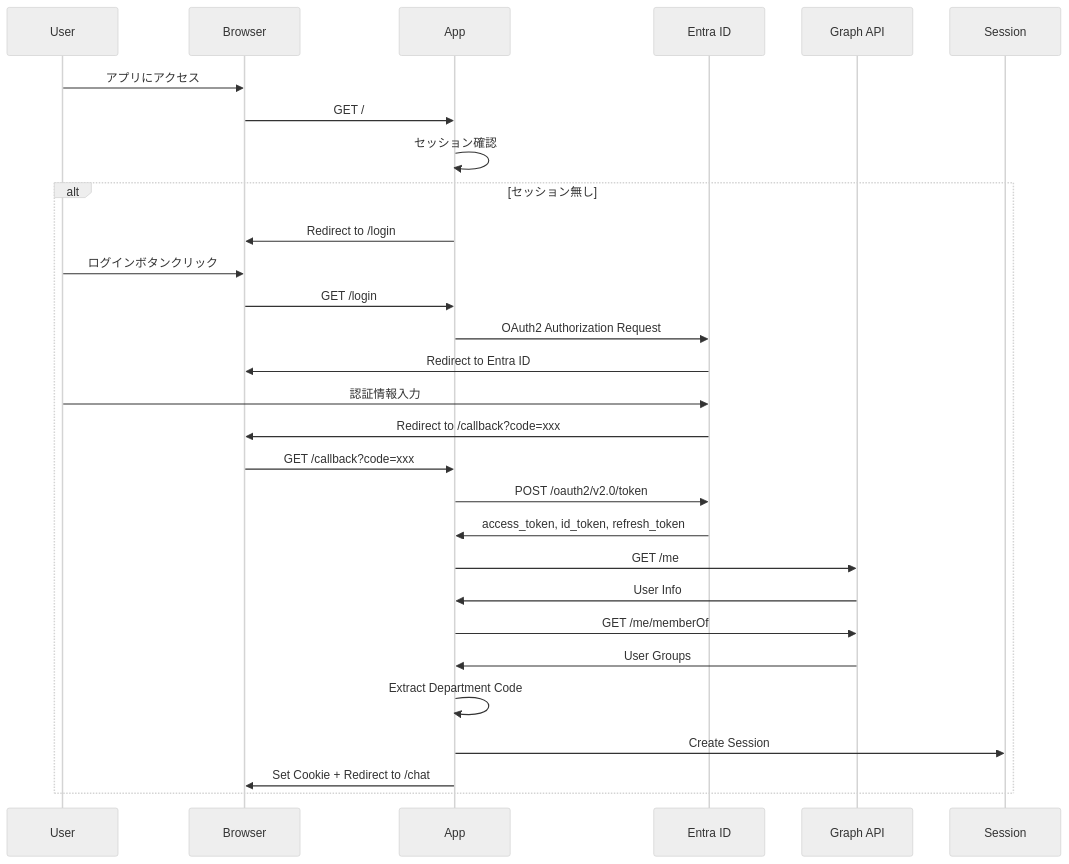
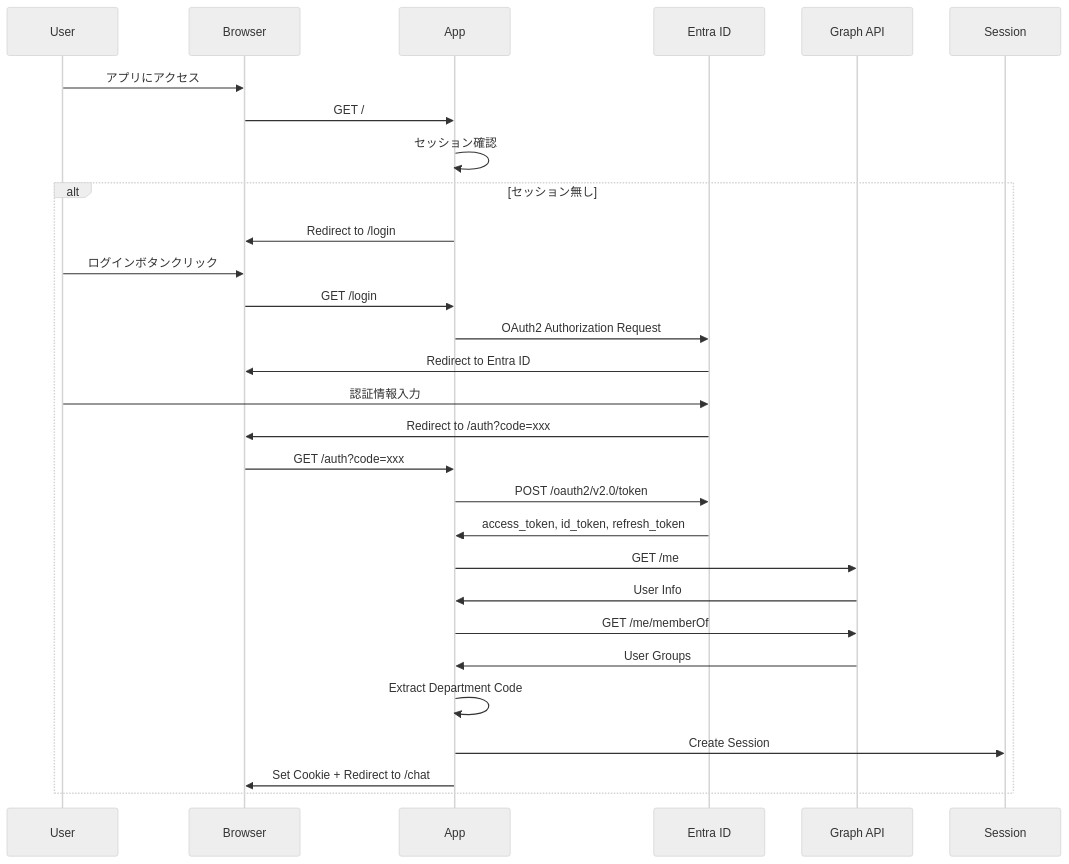
The diagram in docs/04_認証設計.md (yamatairiku-dev/rag-chat-app), drawn with Mermaid (neutral theme) before and after one commit. The commit also changed other lines of this file and 44 other files, not shown here.

````diff
--- a/docs/04_認証設計.md
+++ b/docs/04_認証設計.md
@@ -19,33 +19,33 @@
 ```mermaid
 sequenceDiagram
     participant U as User
     participant B as Browser
     participant A as App
     participant E as Entra ID
     participant G as Graph API
     participant S as Session
 
     U->>B: アプリにアクセス
     B->>A: GET /
     A->>A: セッション確認
     
     alt セッション無し
         A->>B: Redirect to /login
         U->>B: ログインボタンクリック
         B->>A: GET /login
         A->>E: OAuth2 Authorization Request
         E->>B: Redirect to Entra ID
         U->>E: 認証情報入力
-        E->>B: Redirect to /callback?code=xxx
-        B->>A: GET /callback?code=xxx
+        E->>B: Redirect to /auth?code=xxx
+        B->>A: GET /auth?code=xxx
         A->>E: POST /oauth2/v2.0/token
         E->>A: access_token, id_token, refresh_token
         A->>G: GET /me
         G->>A: User Info
         A->>G: GET /me/memberOf
         G->>A: User Groups
         A->>A: Extract Department Code
         A->>S: Create Session
         A->>B: Set Cookie + Redirect to /chat
     end
 ```
````
